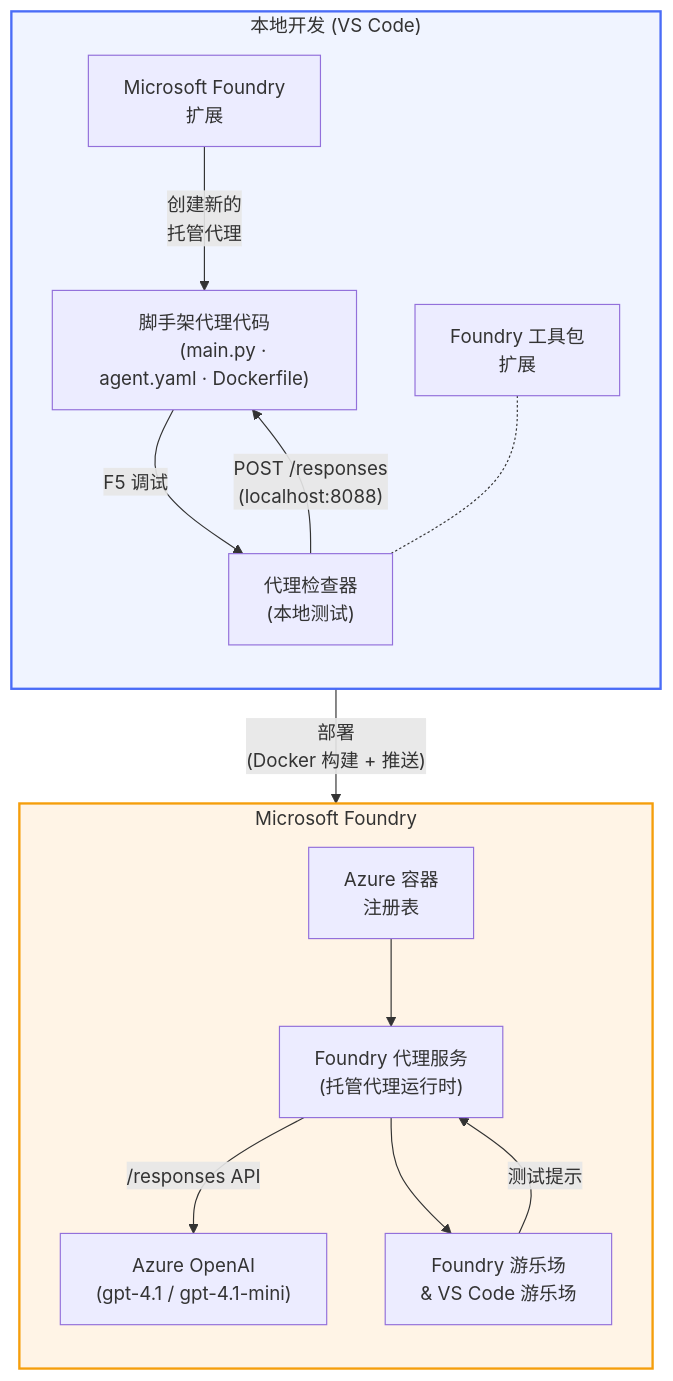
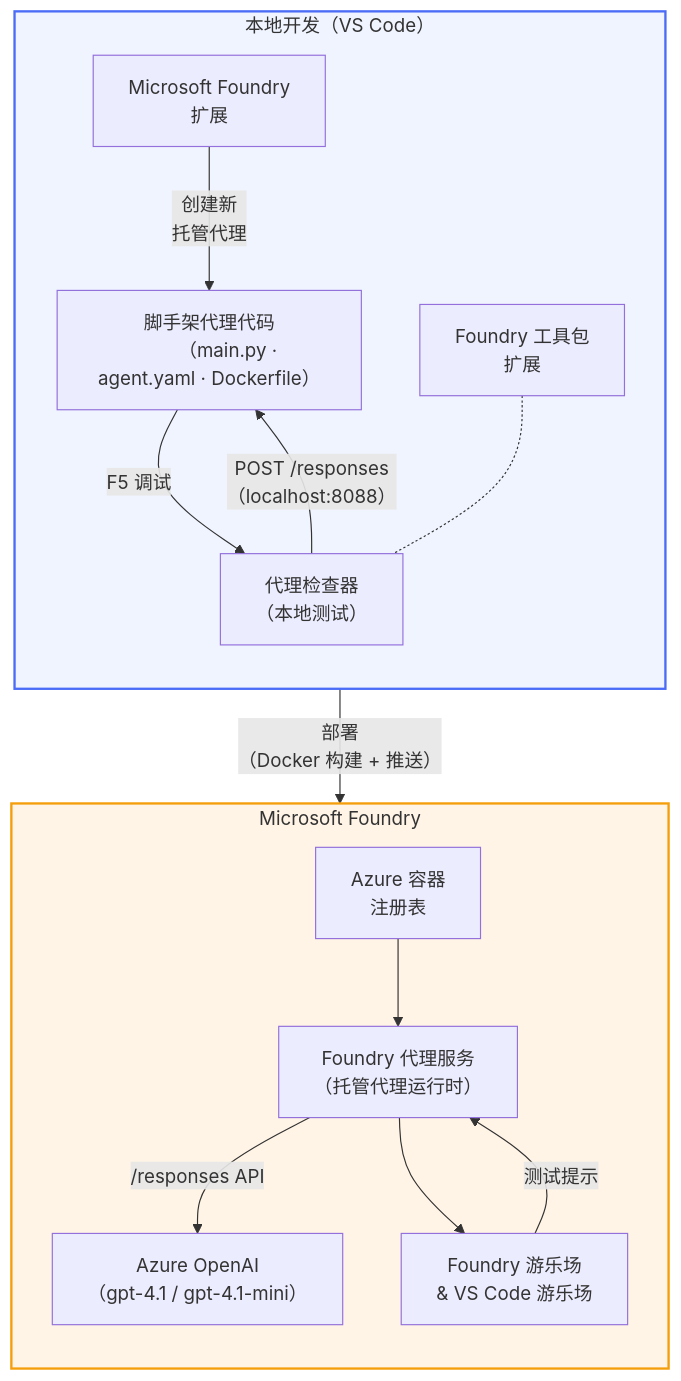
The diagram in translations/zh-CN/README.md (microsoft-foundry/Foundry_Toolkit_for_VSCode_Lab), drawn with Mermaid before and after one commit. The commit also changed other lines of this file and 110 other files, not shown here.

````diff
--- a/translations/zh-CN/README.md
+++ b/translations/zh-CN/README.md
@@ -48,42 +52,42 @@
 ```mermaid
 flowchart TB
-    subgraph Local["本地开发 (VS Code)"]
+    subgraph Local["本地开发（VS Code）"]
         direction TB
         FE["Microsoft Foundry
         扩展"]
         FoundryToolkit["Foundry 工具包
         扩展"]
         Scaffold["脚手架代理代码
-        (main.py · agent.yaml · Dockerfile)"]
+        （main.py · agent.yaml · Dockerfile）"]
         Inspector["代理检查器
-        (本地测试)"]
-        FE -- "创建新的
+        （本地测试）"]
+        FE -- "创建新
         托管代理" --> Scaffold
         Scaffold -- "F5 调试" --> Inspector
         FoundryToolkit -.- Inspector
     end
 
     subgraph Cloud["Microsoft Foundry"]
         direction TB
         ACR["Azure 容器
         注册表"]
         AgentService["Foundry 代理服务
-        (托管代理运行时)"]
+        （托管代理运行时）"]
         Model["Azure OpenAI
-        (gpt-4.1 / gpt-4.1-mini)"]
+        （gpt-4.1 / gpt-4.1-mini）"]
         Playground["Foundry 游乐场
         & VS Code 游乐场"]
         ACR --> AgentService
         AgentService -- "/responses API" --> Model
         AgentService --> Playground
     end
 
     Scaffold -- "部署
-    (Docker 构建 + 推送)" --> ACR
+    （Docker 构建 + 推送）" --> ACR
     Inspector -- "POST /responses
-    (localhost:8088)" --> Scaffold
+    （localhost:8088）" --> Scaffold
     Playground -- "测试提示" --> AgentService
 
     style Local fill:#f0f4ff,stroke:#4a6cf7,stroke-width:2px
     style Cloud fill:#fff4e6,stroke:#f59e0b,stroke-width:2px
 ```
````
